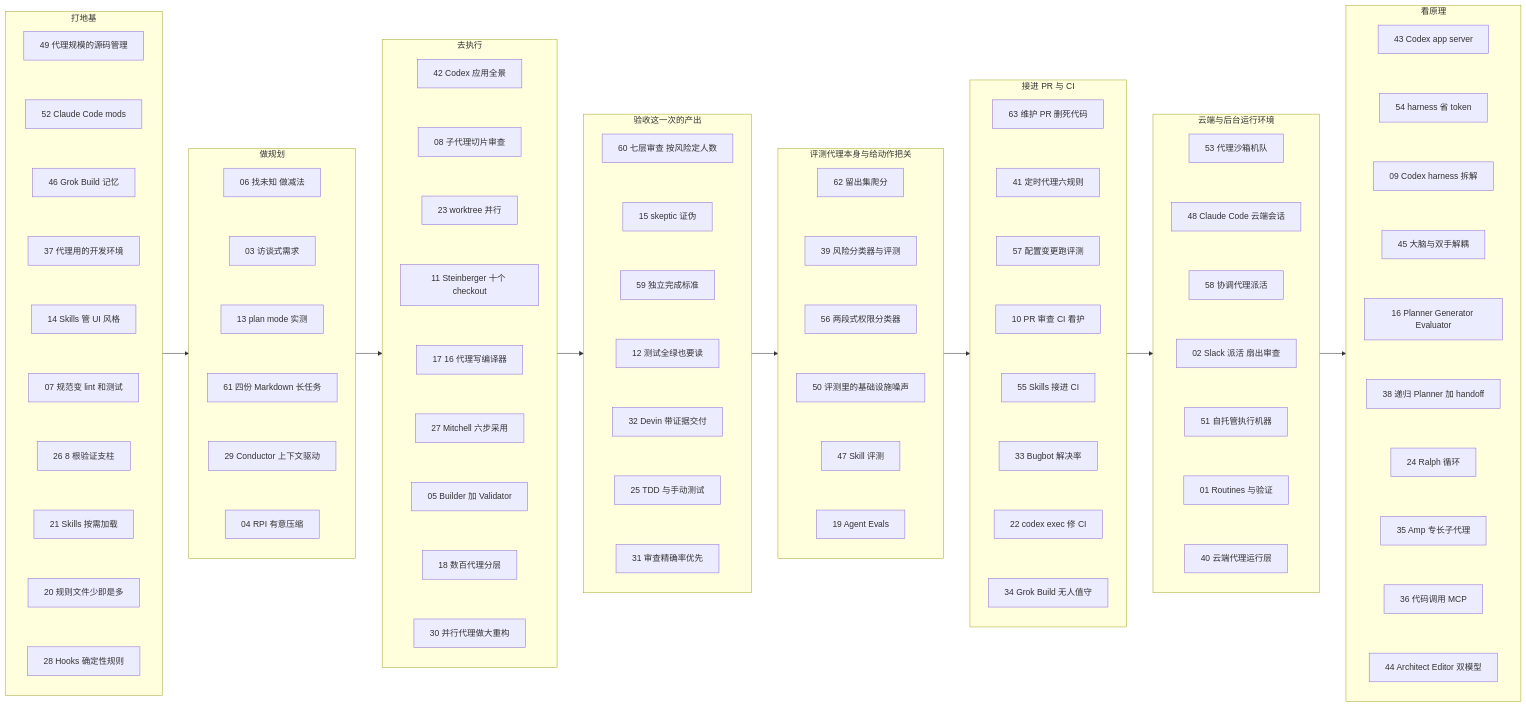
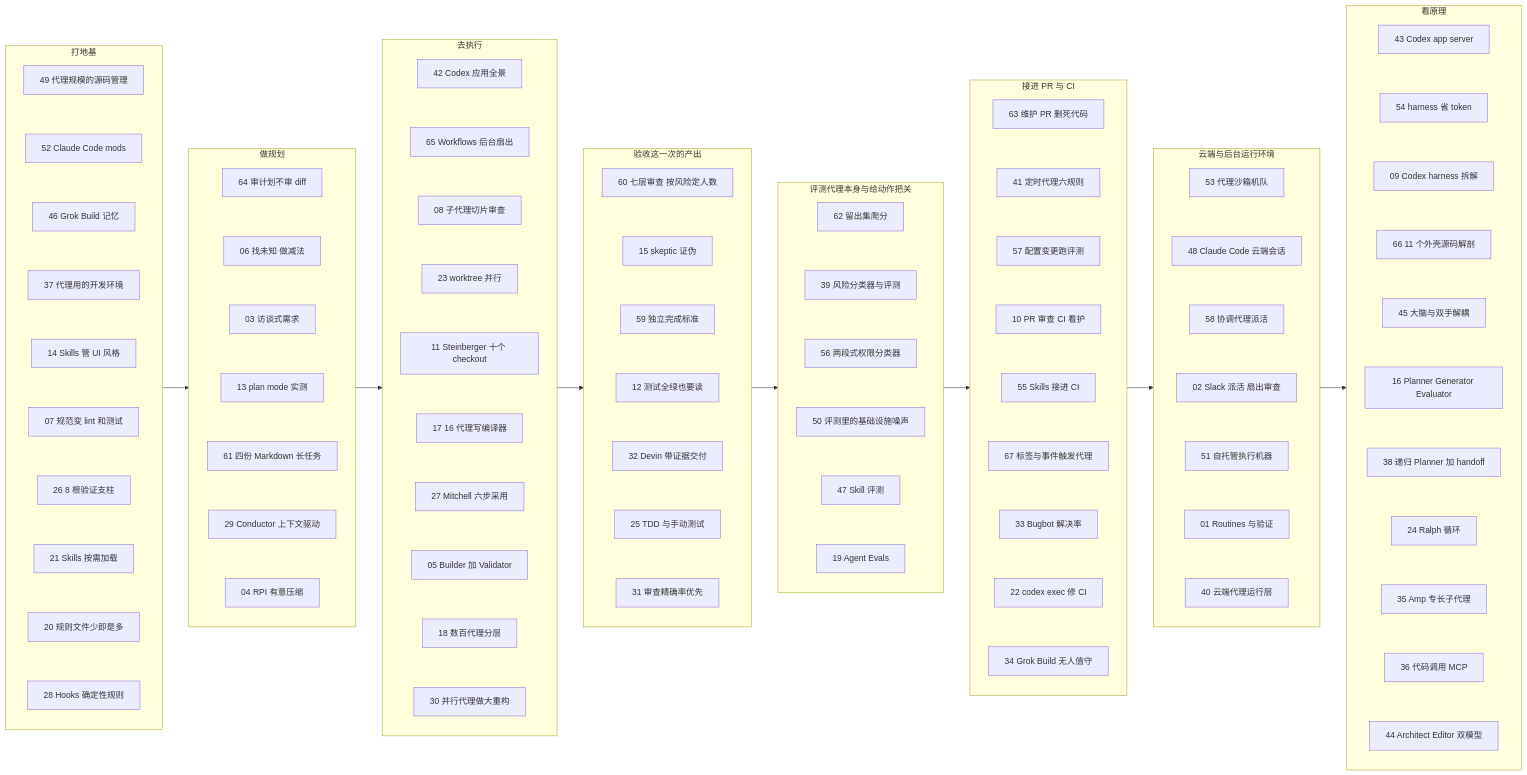
Before and after one commit to yzw7489757/ai-coding-videos: the diagram in docs/index.md, drawn with Mermaid. The commit also changed other lines of this file and 17 other files, not shown here.

```diff
--- a/docs/index.md
+++ b/docs/index.md
@@ -132,12 +136,14 @@
   end
   subgraph S2["做规划"]
     direction TB
+    A64["64 审计划不审 diff"]
     A06["06 找未知 做减法"]
     A03["03 访谈式需求"]
     A13["13 plan mode 实测"]
     A61["61 四份 Markdown 长任务"]
     A29["29 Conductor 上下文驱动"]
     A04["04 RPI 有意压缩"]
+    A64 ~~~ A06
     A06 ~~~ A03
     A03 ~~~ A13
     A13 ~~~ A61
@@ -147,6 +153,7 @@
   subgraph S3["去执行"]
     direction TB
     A42["42 Codex 应用全景"]
+    A65["65 Workflows 后台扇出"]
     A08["08 子代理切片审查"]
     A23["23 worktree 并行"]
     A11["11 Steinberger 十个 checkout"]
@@ -155,7 +162,8 @@
     A05["05 Builder 加 Validator"]
     A18["18 数百代理分层"]
     A30["30 并行代理做大重构"]
-    A42 ~~~ A08
+    A42 ~~~ A65
+    A65 ~~~ A08
     A08 ~~~ A23
     A23 ~~~ A11
     A11 ~~~ A17
@@ -201,6 +209,7 @@
     A57["57 配置变更跑评测"]
     A10["10 PR 审查 CI 看护"]
     A55["55 Skills 接进 CI"]
+    A67["67 标签与事件触发代理"]
     A33["33 Bugbot 解决率"]
     A22["22 codex exec 修 CI"]
     A34["34 Grok Build 无人值守"]
@@ -208,7 +217,8 @@
     A41 ~~~ A57
     A57 ~~~ A10
     A10 ~~~ A55
-    A55 ~~~ A33
+    A55 ~~~ A67
+    A67 ~~~ A33
     A33 ~~~ A22
     A22 ~~~ A34
   end
@@ -233,6 +243,7 @@
     A43["43 Codex app server"]
     A54["54 harness 省 token"]
     A09["09 Codex harness 拆解"]
+    A66["66 11 个外壳源码解剖"]
     A45["45 大脑与双手解耦"]
     A16["16 Planner Generator Evaluator"]
     A38["38 递归 Planner 加 handoff"]
@@ -242,7 +253,8 @@
     A44["44 Architect Editor 双模型"]
     A43 ~~~ A54
     A54 ~~~ A09
-    A09 ~~~ A45
+    A09 ~~~ A66
+    A66 ~~~ A45
     A45 ~~~ A16
     A16 ~~~ A38
     A38 ~~~ A24
```
